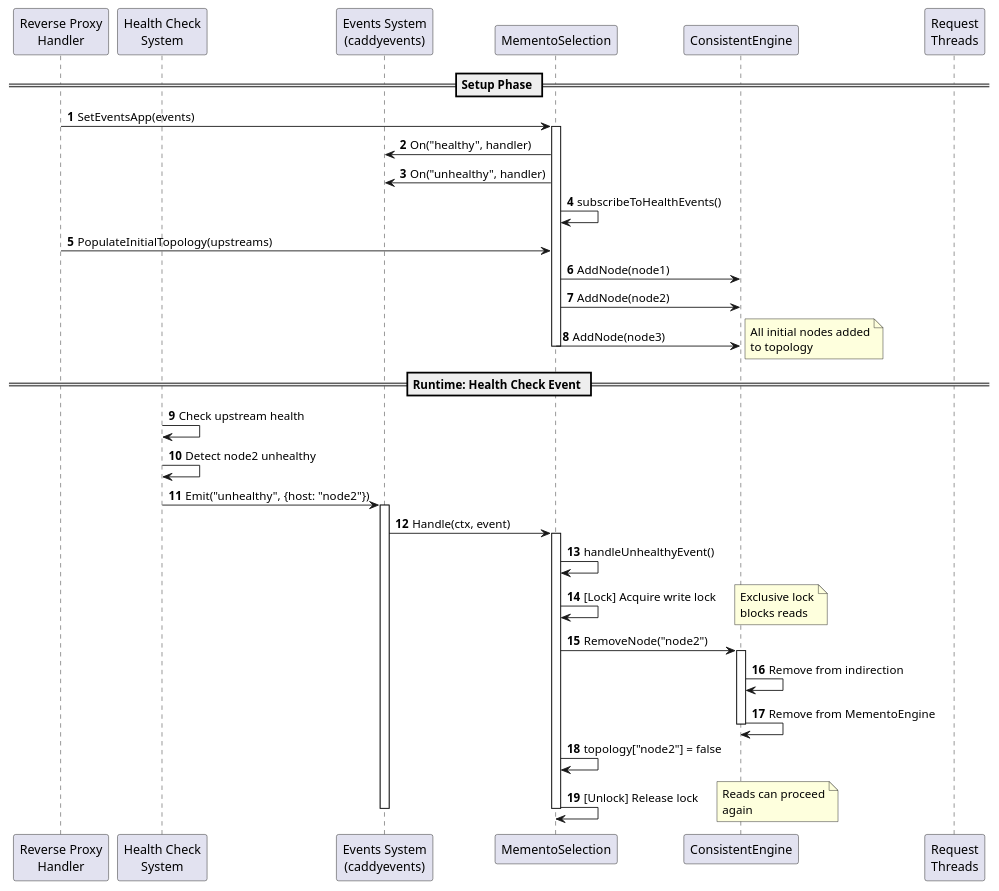
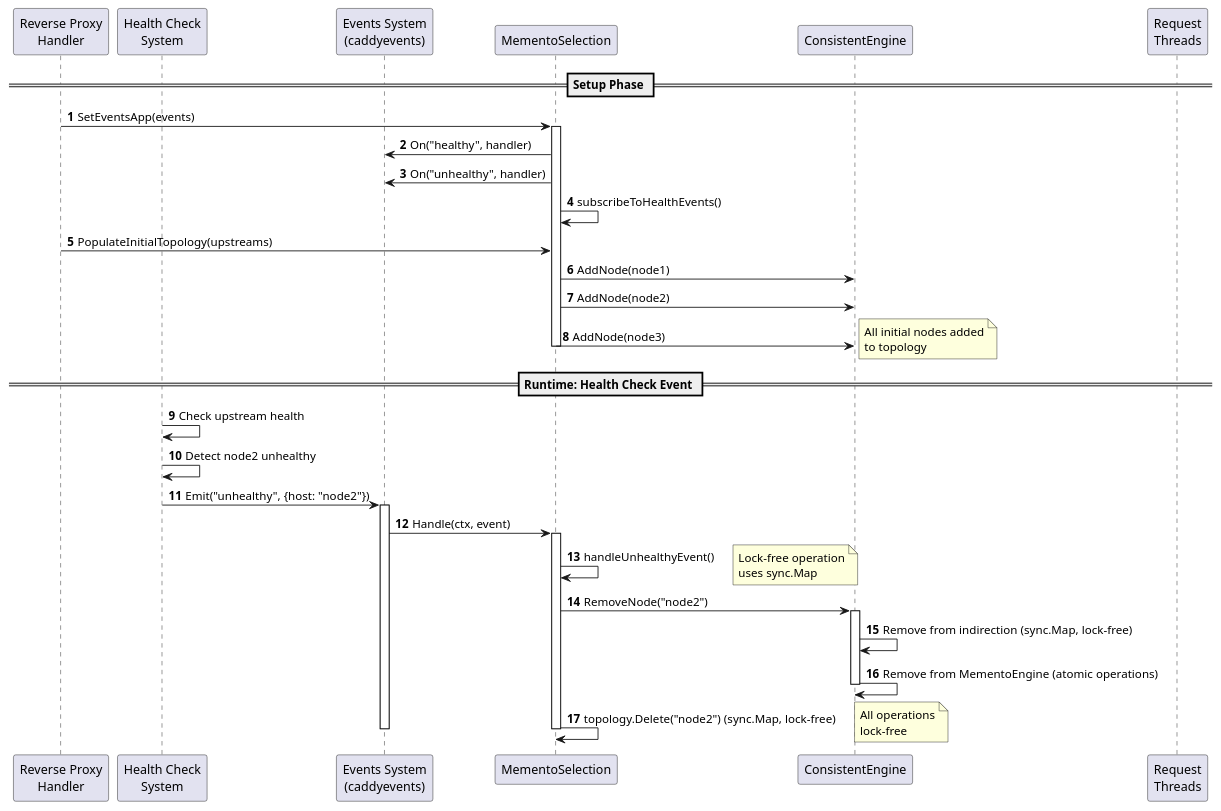
One commit to SaiaMassimo/caddy changed the diagram in modules/caddyhttp/reverseproxy/memento/IMPLEMENTATION.md. Above: the diagram before and after it, drawn with PlantUML. The commit also changed other lines of this file and 28 other files, not shown here.

````diff
--- a/modules/caddyhttp/reverseproxy/memento/IMPLEMENTATION.md
+++ b/modules/caddyhttp/reverseproxy/memento/IMPLEMENTATION.md
@@ -596,47 +594,45 @@
 ```plantuml
 @startuml
 autonumber
 participant "Reverse Proxy\nHandler" as Handler
 participant "Health Check\nSystem" as HealthCheck
 participant "Events System\n(caddyevents)" as Events
 participant "MementoSelection" as Memento
 participant "ConsistentEngine" as Engine
 participant "Request\nThreads" as Requests
 
 == Setup Phase ==
 Handler -> Memento: SetEventsApp(events)
 activate Memento
 Memento -> Events: On("healthy", handler)
 Memento -> Events: On("unhealthy", handler)
 Memento -> Memento: subscribeToHealthEvents()
 Handler -> Memento: PopulateInitialTopology(upstreams)
 Memento -> Engine: AddNode(node1)
 Memento -> Engine: AddNode(node2)
 Memento -> Engine: AddNode(node3)
 note right: All initial nodes added\nto topology
 deactivate Memento
 
 == Runtime: Health Check Event ==
 HealthCheck -> HealthCheck: Check upstream health
 HealthCheck -> HealthCheck: Detect node2 unhealthy
 HealthCheck -> Events: Emit("unhealthy", {host: "node2"})
 activate Events
 Events -> Memento: Handle(ctx, event)
 activate Memento
 Memento -> Memento: handleUnhealthyEvent()
-Memento -> Memento: [Lock] Acquire write lock
-note right: Exclusive lock\nblocks reads
+note right: Lock-free operation\nuses sync.Map
 Memento -> Engine: RemoveNode("node2")
 activate Engine
-Engine -> Engine: Remove from indirection
-Engine -> Engine: Remove from MementoEngine
+Engine -> Engine: Remove from indirection (sync.Map, lock-free)
+Engine -> Engine: Remove from MementoEngine (atomic operations)
 deactivate Engine
-Memento -> Memento: topology["node2"] = false
-Memento -> Memento: [Unlock] Release lock
-note right: Reads can proceed\nagain
+Memento -> Memento: topology.Delete("node2") (sync.Map, lock-free)
+note right: All operations\nlock-free
 deactivate Memento
 deactivate Events
 
 
 @enduml
 ```
````
